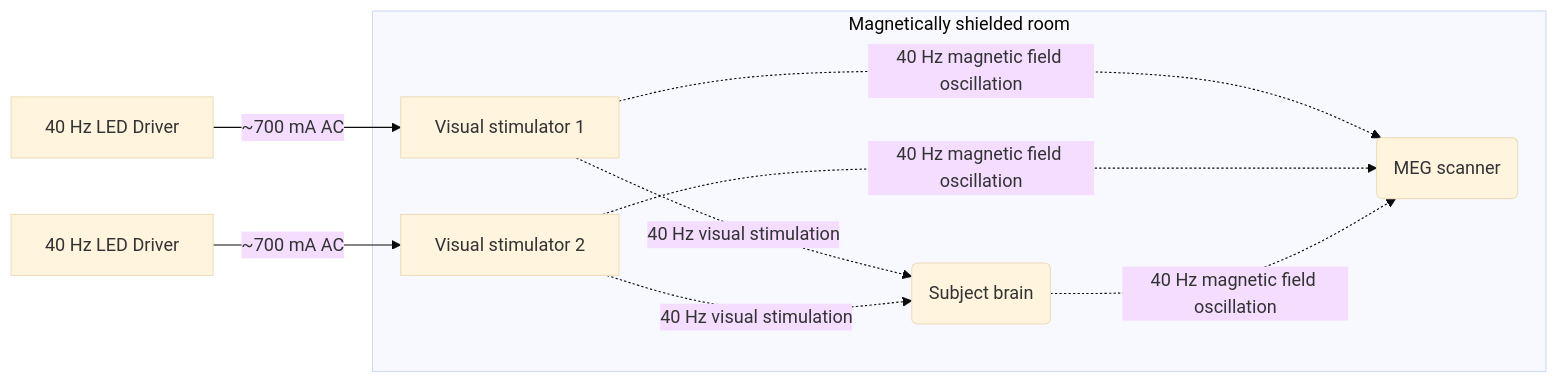
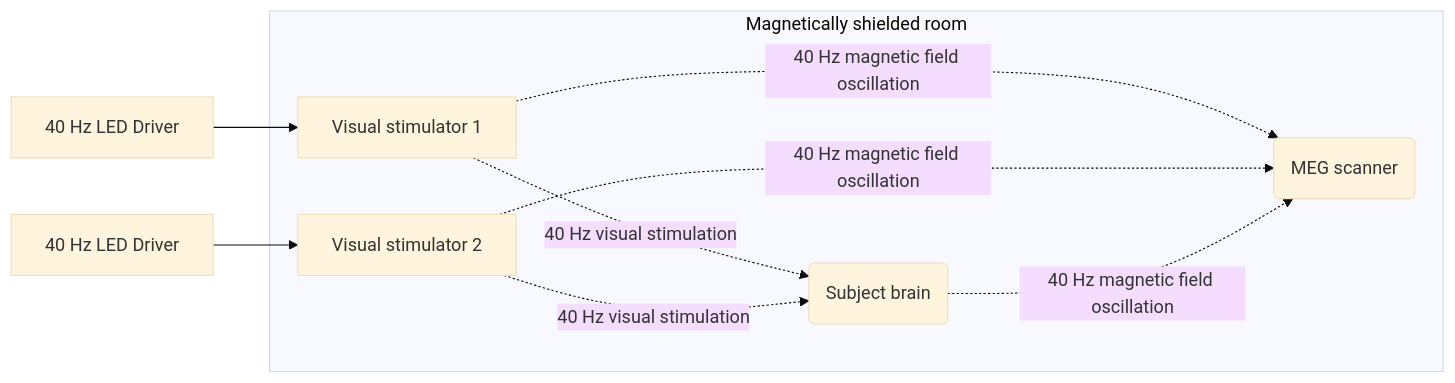
Before and after one commit to henneysq/meg-ahat: the second of 2 diagrams in README.md, drawn with Mermaid (base theme). The commit also changed other lines of this file, not shown here.

````diff
--- a/README.md
+++ b/README.md
@@ -174,17 +171,17 @@
 ```mermaid
 graph LR
     subgraph Magnetically shielded room
         led1
         led2
         meg(MEG scanner)
         subject(Subject brain)
     end
 
-    driver1[40 Hz LED Driver]-- ~700 mA AC -->led1[Visual stimulator 1]
-    driver2[40 Hz LED Driver]-- ~700 mA AC -->led2[Visual stimulator 2]
+    driver1[40 Hz LED Driver]-->led1[Visual stimulator 1]
+    driver2[40 Hz LED Driver]-->led2[Visual stimulator 2]
     led1-. 40 Hz visual stimulation .-> subject
     led2-. 40 Hz visual stimulation .-> subject
     led1-. 40 Hz magnetic field oscillation .-> meg
     led2-. 40 Hz magnetic field oscillation .-> meg
     subject-. 40 Hz magnetic field oscillation .-> meg
 ```
````
